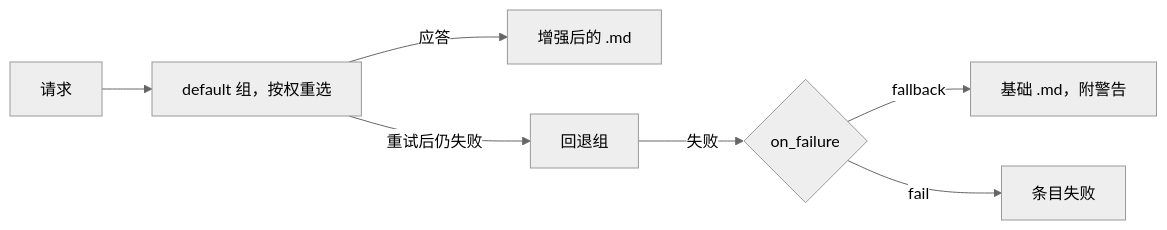
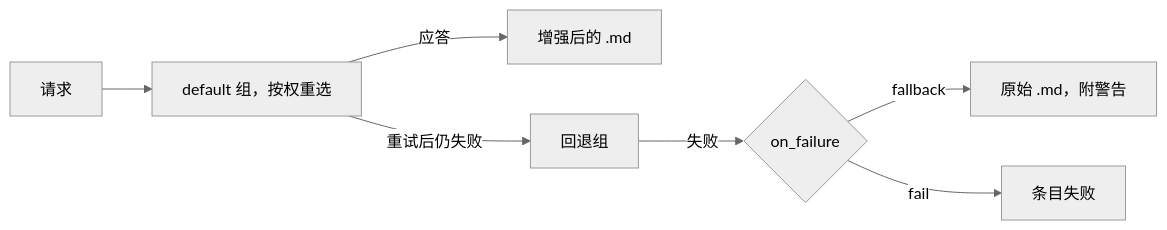
Before and after one commit to Ynewtime/markitai: the third of 4 diagrams in website/zh/guide/configuration.md, drawn with Mermaid (neutral theme). The commit also changed other lines of this file and 38 other files, not shown here.

````diff
--- a/website/zh/guide/configuration.md
+++ b/website/zh/guide/configuration.md
@@ -392,9 +367,9 @@
 ```mermaid
 flowchart LR
   R[请求] --> D["default 组，按权重选"]
   D -->|应答| OK[增强后的 .md]
   D -->|"重试后仍失败"| B[回退组]
   B -->|失败| F{on_failure}
-  F -->|fallback| K["基础 .md，附警告"]
+  F -->|fallback| K["原始 .md，附警告"]
   F -->|fail| X[条目失败]
 ```
````
